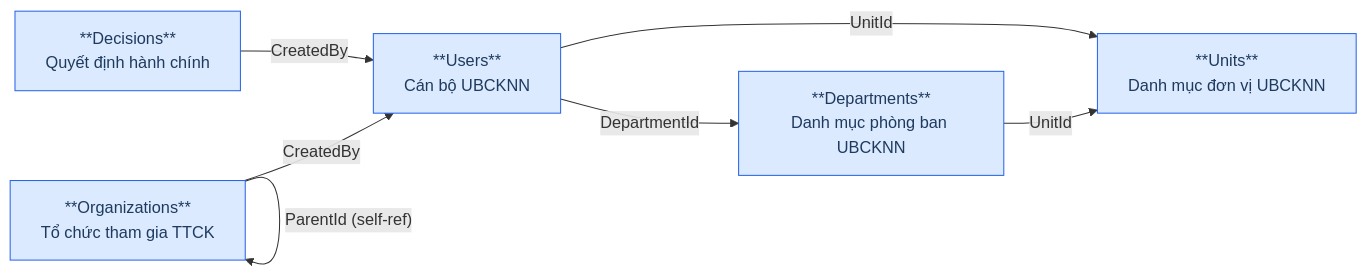
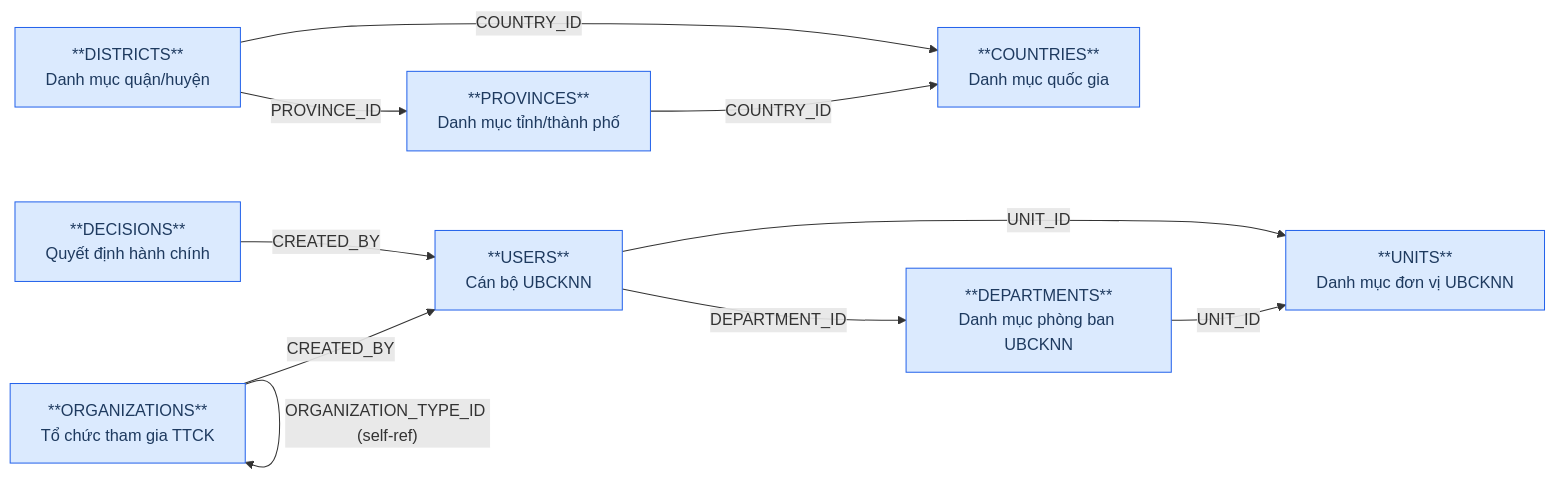
Before and after one commit to linhlvit/ubck_atomic_design: the first of 2 diagrams in Atomic/hld/NHNCK_HLD_Tier1.md, drawn with Mermaid. The commit also changed other lines of this file and 471 other files, not shown here.

````diff
--- a/Atomic/hld/NHNCK_HLD_Tier1.md
+++ b/Atomic/hld/NHNCK_HLD_Tier1.md
@@ -23,17 +26,23 @@
 ```mermaid
 graph LR
     classDef src fill:#dbeafe,stroke:#2563eb,color:#1e3a5f
 
-    Units["**Units**\nDanh mục đơn vị UBCKNN"]:::src
-    Departments["**Departments**\nDanh mục phòng ban UBCKNN"]:::src
-    Organizations["**Organizations**\nTổ chức tham gia TTCK"]:::src
-    Decisions["**Decisions**\nQuyết định hành chính"]:::src
-    Users["**Users**\nCán bộ UBCKNN"]:::src
-
-    Departments -->|"UnitId"| Units
-    Users -->|"UnitId"| Units
-    Users -->|"DepartmentId"| Departments
-    Decisions -->|"CreatedBy"| Users
-    Organizations -->|"CreatedBy"| Users
-    Organizations -->|"ParentId (self-ref)"| Organizations
+    COUNTRIES["**COUNTRIES**\nDanh mục quốc gia"]:::src
+    PROVINCES["**PROVINCES**\nDanh mục tỉnh/thành phố"]:::src
+    DISTRICTS["**DISTRICTS**\nDanh mục quận/huyện"]:::src
+    UNITS["**UNITS**\nDanh mục đơn vị UBCKNN"]:::src
+    DEPARTMENTS["**DEPARTMENTS**\nDanh mục phòng ban UBCKNN"]:::src
+    ORGANIZATIONS["**ORGANIZATIONS**\nTổ chức tham gia TTCK"]:::src
+    DECISIONS["**DECISIONS**\nQuyết định hành chính"]:::src
+    USERS["**USERS**\nCán bộ UBCKNN"]:::src
+    PROVINCES -->|"COUNTRY_ID"| COUNTRIES
+    DISTRICTS -->|"COUNTRY_ID"| COUNTRIES
+    DISTRICTS -->|"PROVINCE_ID"| PROVINCES
+    DEPARTMENTS -->|"UNIT_ID"| UNITS
+    USERS -->|"UNIT_ID"| UNITS
+    USERS -->|"DEPARTMENT_ID"| DEPARTMENTS
+    DECISIONS -->|"CREATED_BY"| USERS
+    ORGANIZATIONS -->|"CREATED_BY"| USERS
+    ORGANIZATIONS -->|"PARENT_ID (self-ref)"| ORGANIZATIONS
+    ORGANIZATIONS -->|"ORGANIZATION_TYPE_ID (self-ref)"| ORGANIZATIONS
 ```
````
